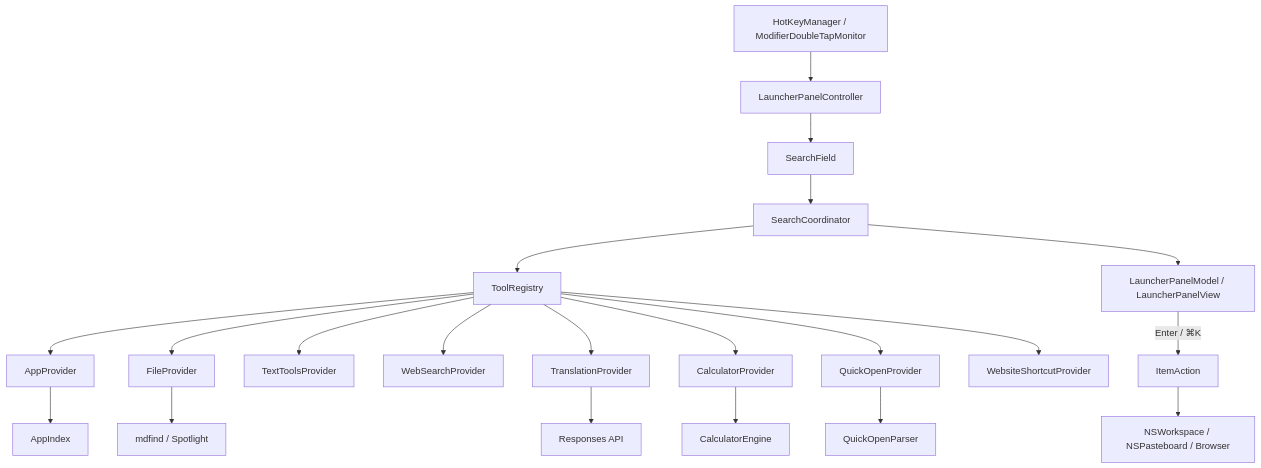
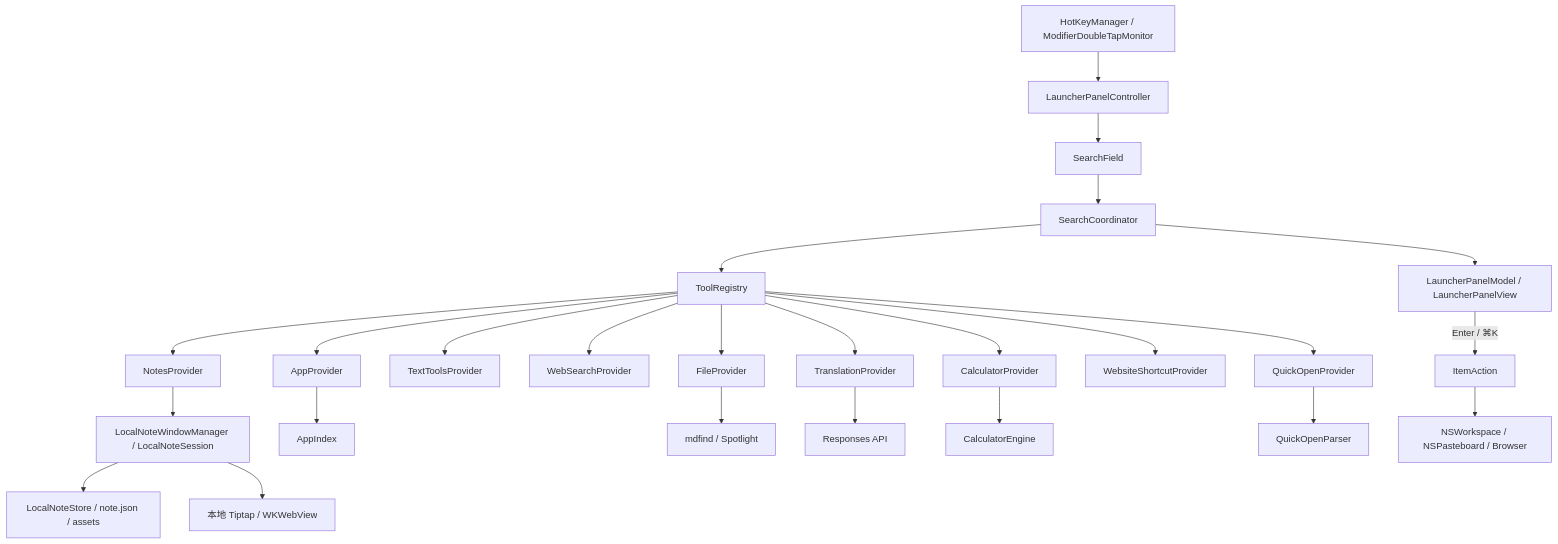
The diagram in docs/architecture.md (CrxusDonts/DontsTool), drawn with Mermaid before and after one commit. The commit also changed other lines of this file and 51 other files, not shown here.

Commit message:
feat: add local rich-text notes and knowledge toggle

````diff
--- a/docs/architecture.md
+++ b/docs/architecture.md
@@ -53,23 +53,27 @@
 ```mermaid
 flowchart TD
     HK[HotKeyManager / ModifierDoubleTapMonitor] --> Panel[LauncherPanelController]
     Panel --> Field[SearchField]
     Field --> Coord[SearchCoordinator]
     Coord --> Registry[ToolRegistry]
     Registry --> AppP[AppProvider]
     Registry --> FileP[FileProvider]
     Registry --> TextP[TextToolsProvider]
     Registry --> WebP[WebSearchProvider]
     Registry --> TransP[TranslationProvider]
     Registry --> CalcP[CalculatorProvider]
     Registry --> QuickP[QuickOpenProvider]
     Registry --> SiteP[WebsiteShortcutProvider]
+    Registry --> NoteP[NotesProvider]
+    NoteP --> Notes[LocalNoteWindowManager / LocalNoteSession]
+    Notes --> NoteStore[LocalNoteStore / note.json / assets]
+    Notes --> NoteWeb[本地 Tiptap / WKWebView]
     AppP --> Index[AppIndex]
     FileP --> Spotlight[mdfind / Spotlight]
     TransP --> RemoteAPI[Responses API]
     CalcP --> Calc[CalculatorEngine]
     QuickP --> QParser[QuickOpenParser]
     Coord --> List[LauncherPanelModel / LauncherPanelView]
     List -->|Enter / ⌘K| Action[ItemAction]
     Action --> System[NSWorkspace / NSPasteboard / Browser]
 ```
````
